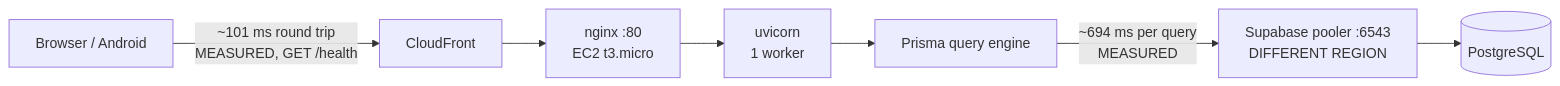
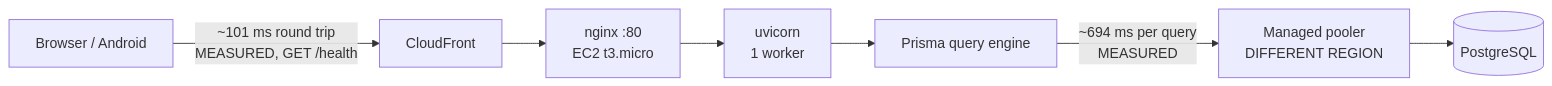
The first of 5 diagrams in docs/SCALABILITY.md (cxacraftecosystem-ui/designer-portal), drawn with Mermaid before and after one commit. The commit also changed other lines of this file and 225 other files, not shown here.

````diff
--- a/docs/SCALABILITY.md
+++ b/docs/SCALABILITY.md
@@ -48,14 +54,14 @@
 ```mermaid
 flowchart LR
   browser["Browser / Android"]
   cf["CloudFront"]
   nginx["nginx :80<br/>EC2 t3.micro"]
   uvicorn["uvicorn<br/>1 worker"]
   engine["Prisma query engine"]
-  pooler["Supabase pooler :6543<br/>DIFFERENT REGION"]
+  pooler["Managed pooler<br/>DIFFERENT REGION"]
   pg[("PostgreSQL")]
 
   browser -->|"~101 ms round trip<br/>MEASURED, GET /health"| cf
   cf --> nginx --> uvicorn --> engine
   engine -->|"~694 ms per query<br/>MEASURED"| pooler --> pg
 ```
````
